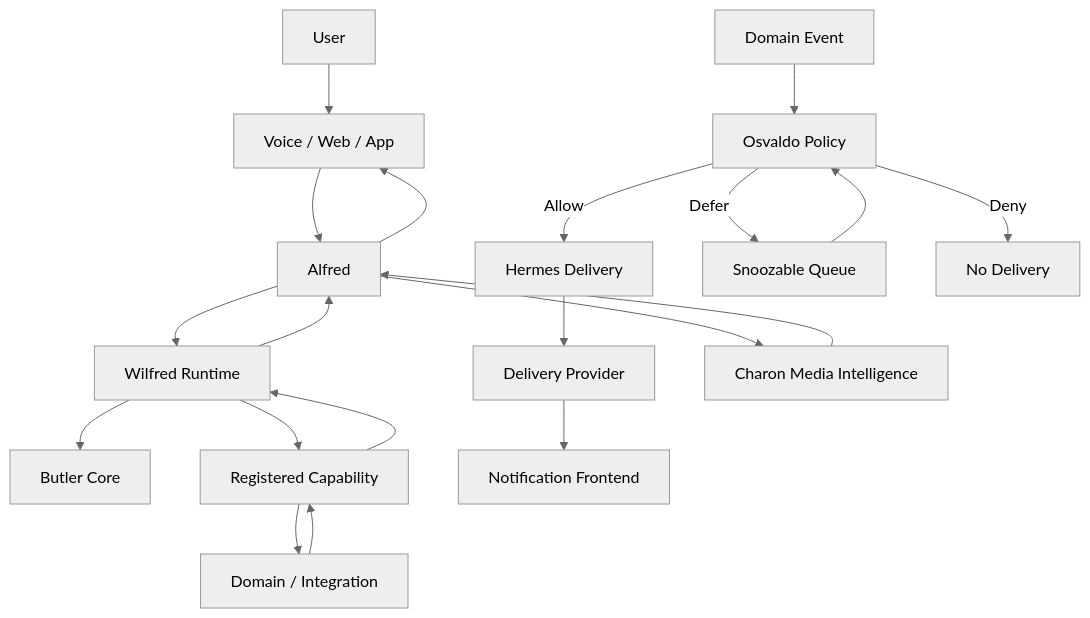
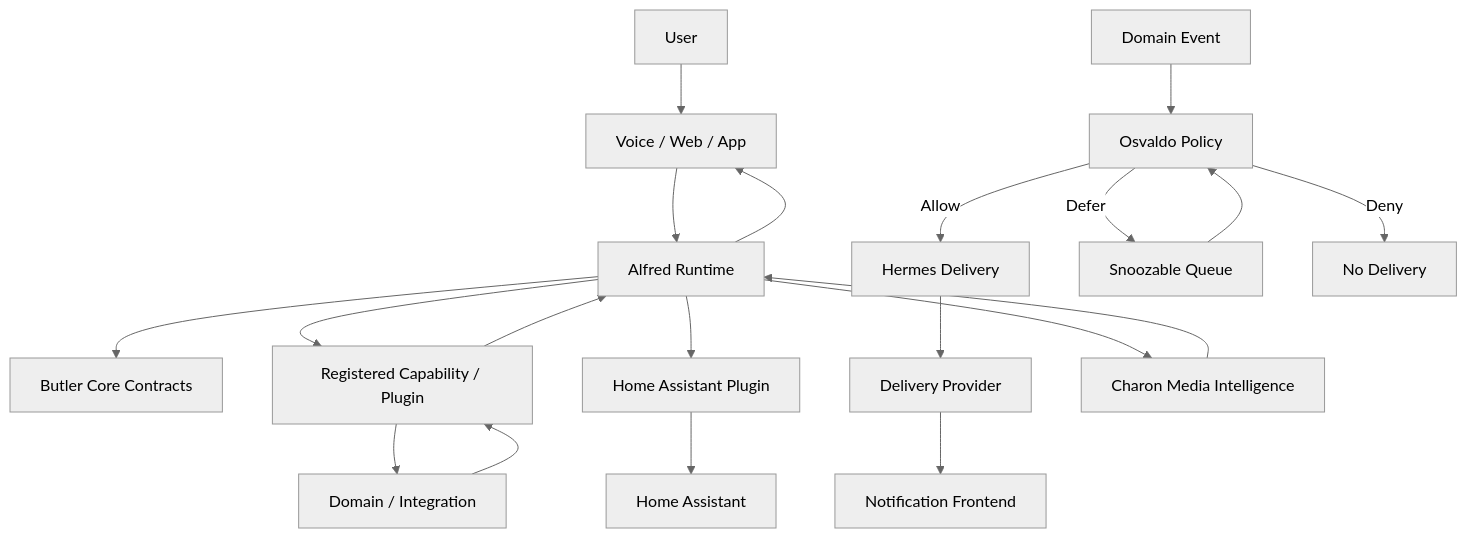
Before and after one commit to keriol/Iot-home-automation: the diagram in docs/diagrams/alfred-ecosystem-flow.md, drawn with Mermaid (neutral theme). The commit also changed other lines of this file, not shown here.

Commit message:
docs(diagram): remove Alfred to Wilfred runtime dependency [DOC-007]

````diff
--- a/docs/diagrams/alfred-ecosystem-flow.md
+++ b/docs/diagrams/alfred-ecosystem-flow.md
@@ -3,28 +3,29 @@
 ```mermaid
 flowchart TD
     User[User] --> Frontend[Voice / Web / App]
-    Frontend --> Alfred[Alfred]
+    Frontend --> Alfred[Alfred Runtime]
 
-    Alfred --> Wilfred[Wilfred Runtime]
-    Wilfred --> Core[Butler Core]
-    Wilfred --> Capability[Registered Capability]
+    Alfred --> Core[Butler Core Contracts]
+    Alfred --> Capability[Registered Capability / Plugin]
 
     Capability --> Domain[Domain / Integration]
     Domain --> Capability
-    Capability --> Wilfred
-    Wilfred --> Alfred
+    Capability --> Alfred
     Alfred --> Frontend
+
+    Alfred --> HAP[Home Assistant Plugin]
+    HAP --> HA[Home Assistant]
 
     Event[Domain Event] --> Osvaldo[Osvaldo Policy]
 
     Osvaldo -->|Allow| Hermes[Hermes Delivery]
     Osvaldo -->|Defer| Snoozable[Snoozable Queue]
     Osvaldo -->|Deny| NoDelivery[No Delivery]
 
     Snoozable --> Osvaldo
     Hermes --> Provider[Delivery Provider]
     Provider --> NotificationFrontend[Notification Frontend]
 
     Alfred --> Charon[Charon Media Intelligence]
     Charon --> Alfred
 ```
````
